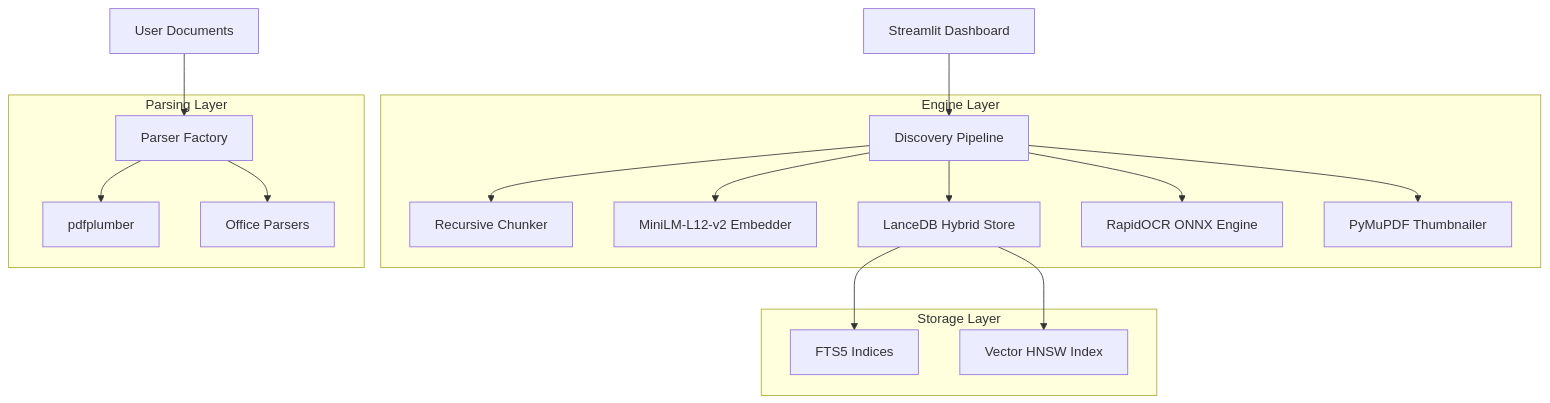
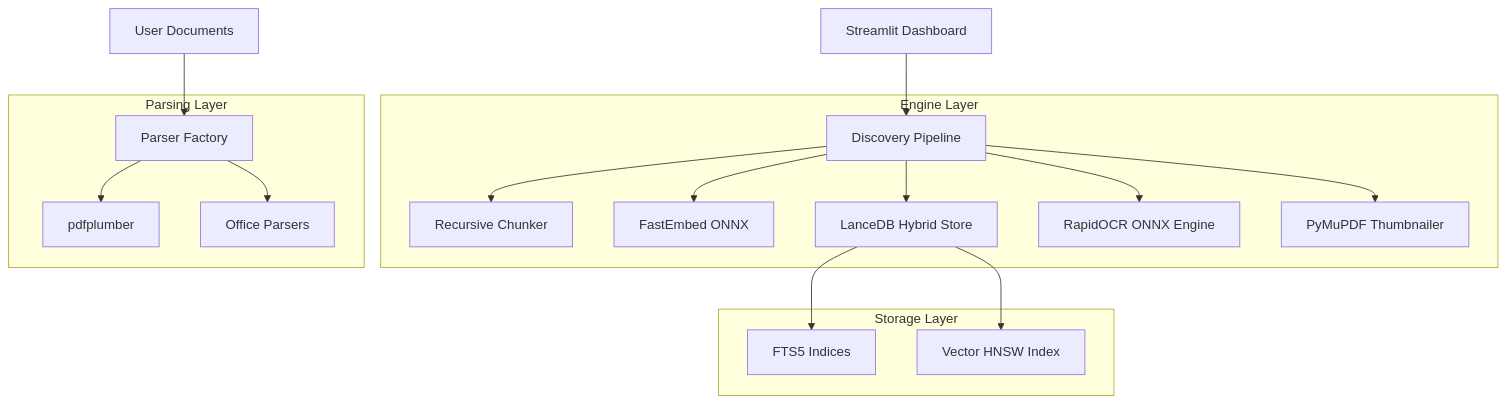
One commit to Regen99/Wo-ist-meine-Doku changed the diagram in README.md. Above: the diagram before and after it, drawn with Mermaid. The commit also changed other lines of this file and 9 other files, not shown here.

````diff
--- a/README.md
+++ b/README.md
@@ -125,24 +121,24 @@
 ```mermaid
 graph TD
     UI[Streamlit Dashboard] --> Pipeline[Discovery Pipeline]
     
     subgraph "Engine Layer"
         Pipeline --> Chunker[Recursive Chunker]
-        Pipeline --> Embedder[MiniLM-L12-v2 Embedder]
+        Pipeline --> Embedder[FastEmbed ONNX]
         Pipeline --> DB[LanceDB Hybrid Store]
         Pipeline --> OCR[RapidOCR ONNX Engine]
         Pipeline --> Thumb[PyMuPDF Thumbnailer]
     end
     
     subgraph "Parsing Layer"
         ParserFactory[Parser Factory] --> PDF[pdfplumber]
         ParserFactory --> Office[Office Parsers]
     end
     
     subgraph "Storage Layer"
         DB --> FTS[FTS5 Indices]
         DB --> Vector[Vector HNSW Index]
     end
     
     Source[User Documents] --> ParserFactory
 ```
````
